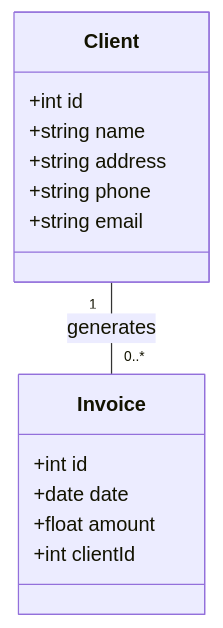
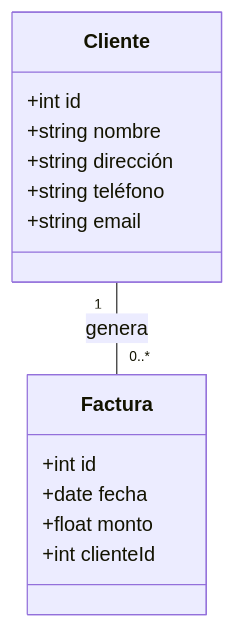
The ninth of 10 diagrams in README.md (despiau/mermaid), drawn with Mermaid before and after one commit. The commit also changed other lines of this file, not shown here.

````diff
--- a/README.md
+++ b/README.md
@@ -137,17 +137,17 @@
 ```mermaid
 classDiagram
-    class Client {
+    class Cliente {
       +int id
-      +string name
-      +string address
-      +string phone
+      +string nombre
+      +string dirección
+      +string teléfono
       +string email
     }
-    class Invoice {
+    class Factura {
       +int id
-      +date date
-      +float amount
-      +int clientId
+      +date fecha
+      +float monto
+      +int clienteId
     }
-    Client "1" -- "0..*" Invoice: generates
+    Cliente "1" -- "0..*" Factura: genera
 ```
````
